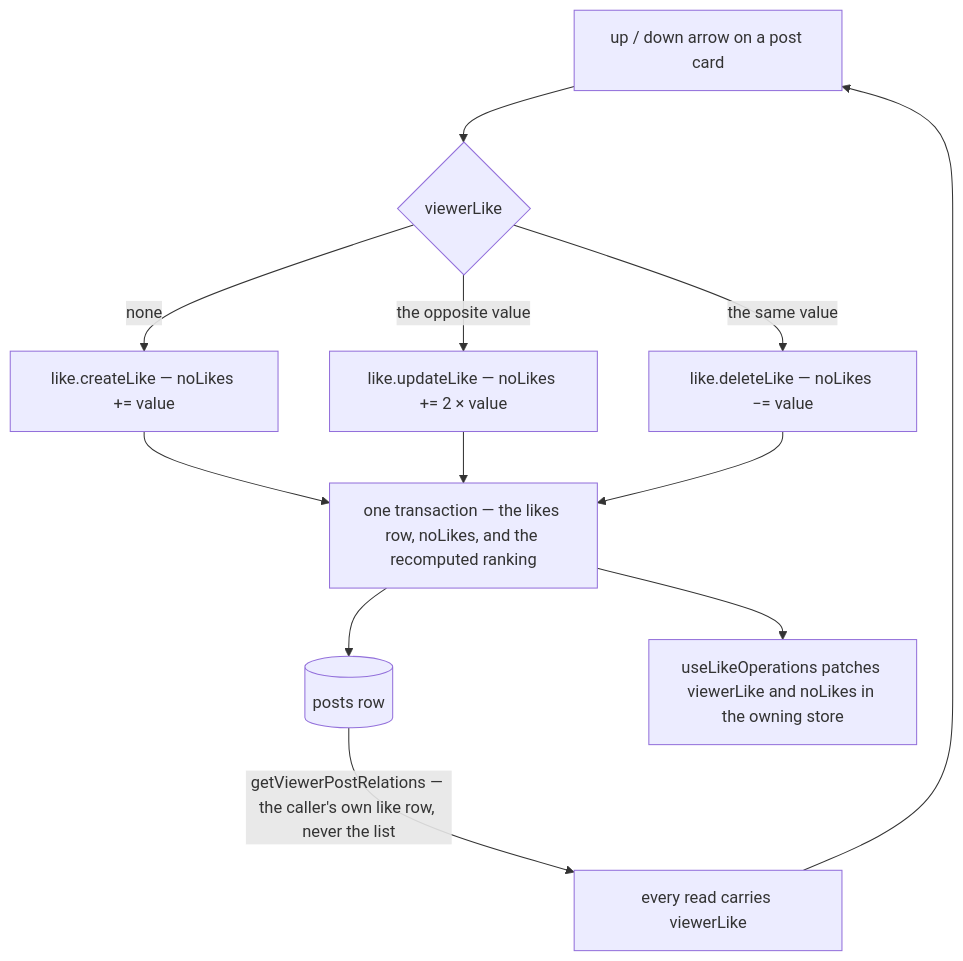
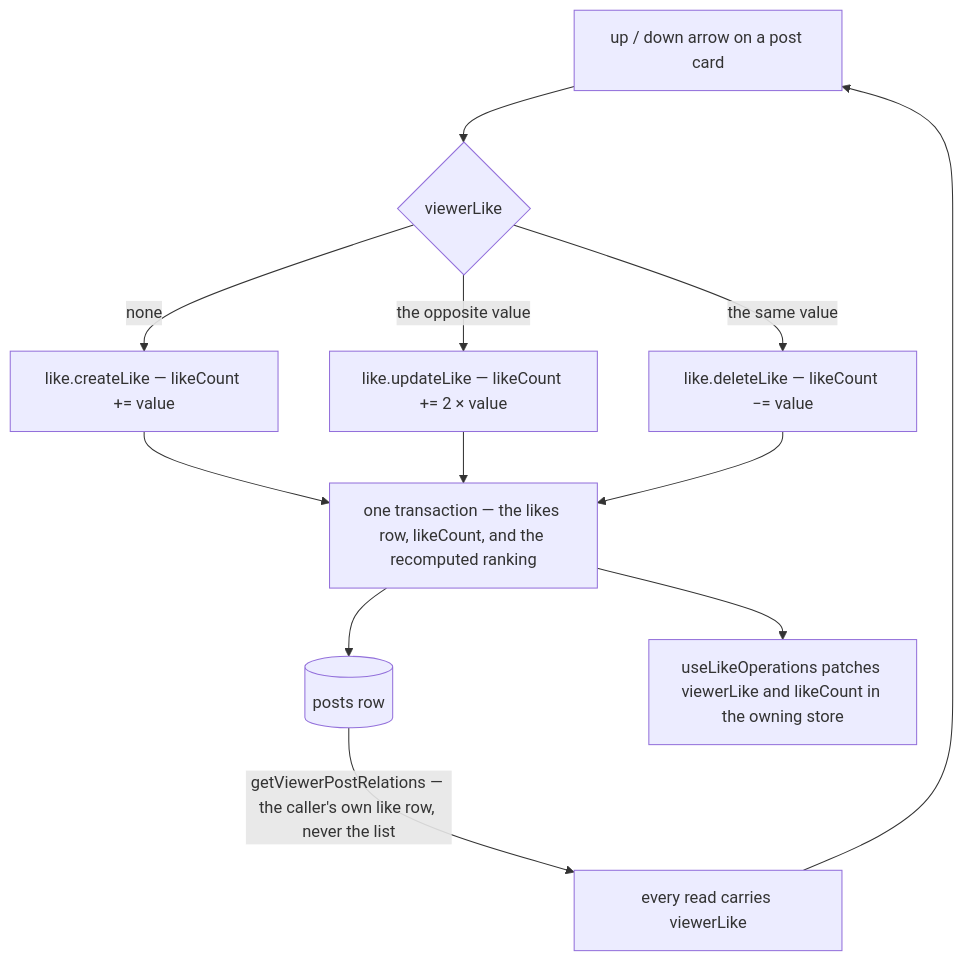
Before and after one commit to Esposter/Esposter: the diagram in packages/app/content/docs/posts/likes.md, drawn with Mermaid. The commit also changed other lines of this file and 45 other files, not shown here.

````diff
--- a/packages/app/content/docs/posts/likes.md
+++ b/packages/app/content/docs/posts/likes.md
@@ -12,14 +12,14 @@
 ```mermaid
 flowchart TD
   arrows["up / down arrow on a post card"] --> pick{"viewerLike"}
-  pick -->|"none"| createLike["like.createLike — noLikes += value"]
-  pick -->|"the opposite value"| updateLike["like.updateLike — noLikes += 2 × value"]
-  pick -->|"the same value"| deleteLike["like.deleteLike — noLikes −= value"]
+  pick -->|"none"| createLike["like.createLike — likeCount += value"]
+  pick -->|"the opposite value"| updateLike["like.updateLike — likeCount += 2 × value"]
+  pick -->|"the same value"| deleteLike["like.deleteLike — likeCount −= value"]
   createLike --> txn
   updateLike --> txn
-  deleteLike --> txn["one transaction — the likes row, noLikes, and the recomputed ranking"]
+  deleteLike --> txn["one transaction — the likes row, likeCount, and the recomputed ranking"]
   txn --> row[("posts row")]
-  txn --> patch["useLikeOperations patches viewerLike and noLikes in the owning store"]
+  txn --> patch["useLikeOperations patches viewerLike and likeCount in the owning store"]
   row -->|"getViewerPostRelations — the caller's own like row, never the list"| viewer["every read carries viewerLike"]
   viewer --> arrows
 ```
````
